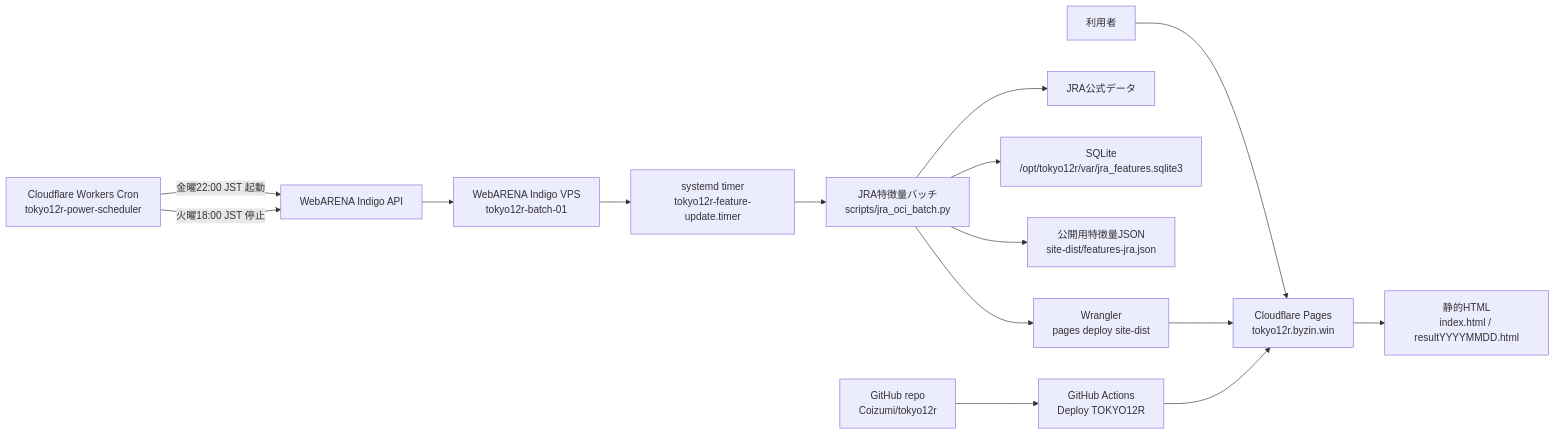
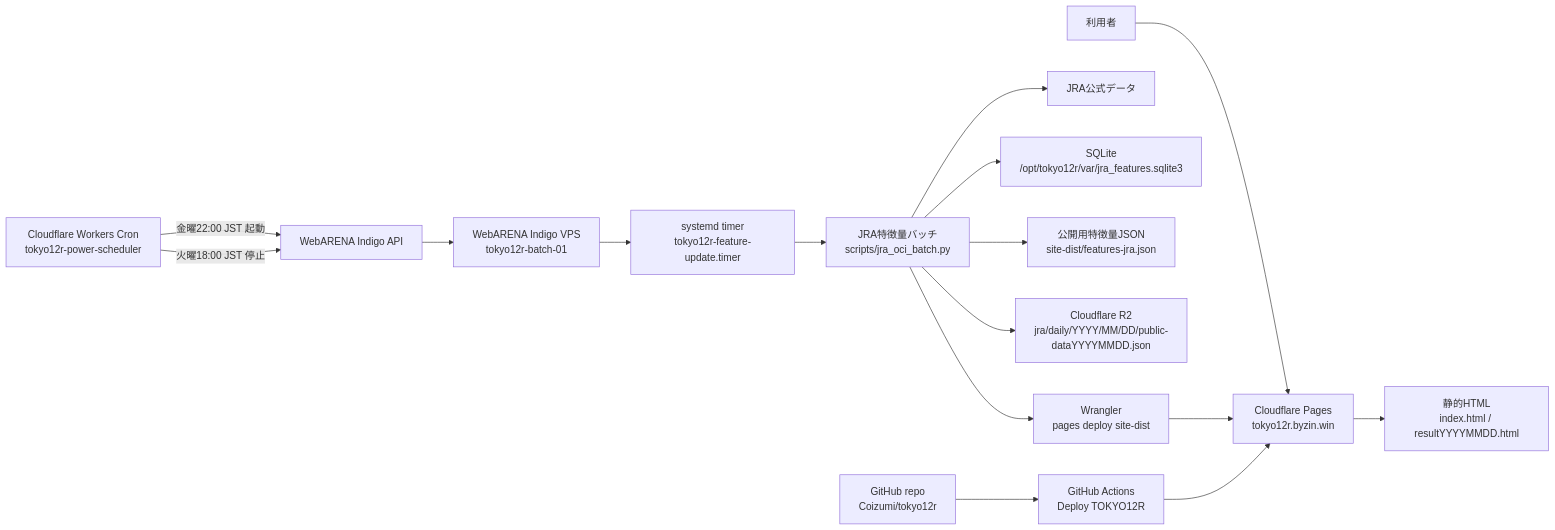
Before and after one commit to Coizumi/tokyo12r: the diagram in specs.md, drawn with Mermaid. The commit also changed other lines of this file and 5 other files, not shown here.

Commit message:
Archive public JRA data and fix power scheduler

````diff
--- a/specs.md
+++ b/specs.md
@@ -44,20 +45,21 @@
 ```mermaid
 flowchart LR
   user["利用者"] --> pages["Cloudflare Pages<br/>tokyo12r.byzin.win"]
   pages --> html["静的HTML<br/>index.html / resultYYYYMMDD.html"]
 
   cfcron["Cloudflare Workers Cron<br/>tokyo12r-power-scheduler"] -->|金曜22:00 JST 起動| webapi["WebARENA Indigo API"]
   cfcron -->|火曜18:00 JST 停止| webapi
   webapi --> vps["WebARENA Indigo VPS<br/>tokyo12r-batch-01"]
 
   vps --> systemd["systemd timer<br/>tokyo12r-feature-update.timer"]
   systemd --> batch["JRA特徴量バッチ<br/>scripts/jra_oci_batch.py"]
   batch --> jra["JRA公式データ"]
   batch --> sqlite["SQLite<br/>/opt/tokyo12r/var/jra_features.sqlite3"]
   batch --> features["公開用特徴量JSON<br/>site-dist/features-jra.json"]
+  batch --> r2["Cloudflare R2<br/>jra/daily/YYYY/MM/DD/public-dataYYYYMMDD.json"]
   batch --> cfdeploy["Wrangler<br/>pages deploy site-dist"]
   cfdeploy --> pages
 
   repo["GitHub repo<br/>Coizumi/tokyo12r"] --> actions["GitHub Actions<br/>Deploy TOKYO12R"]
   actions --> pages
 ```
````
